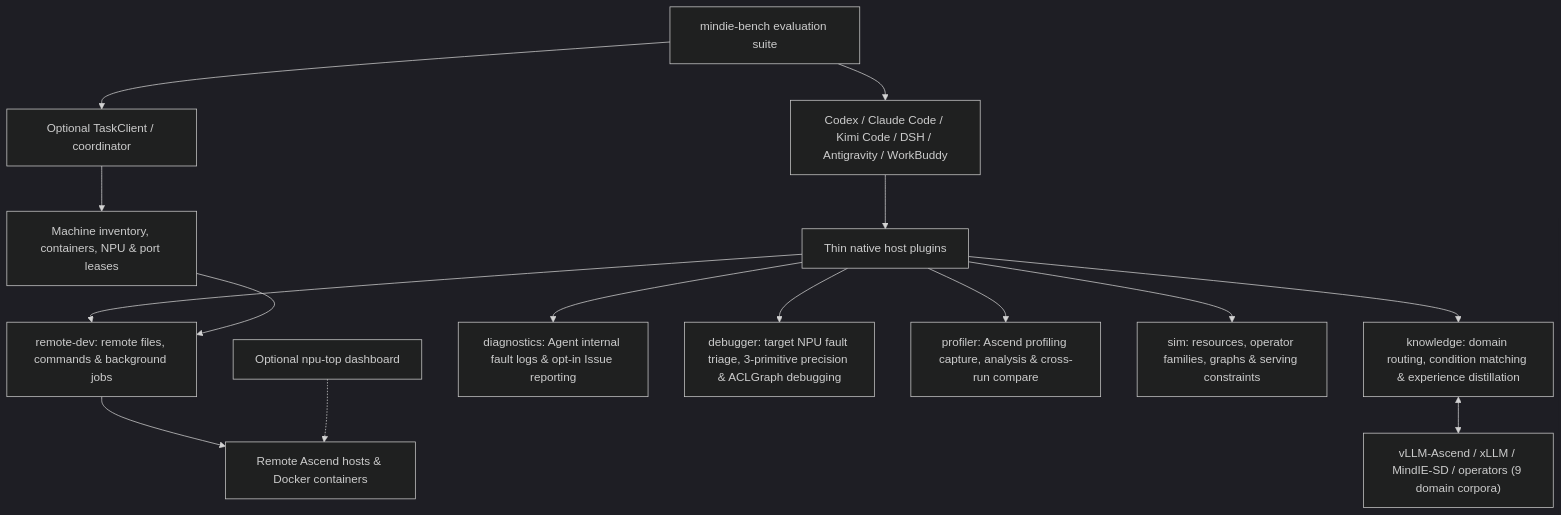
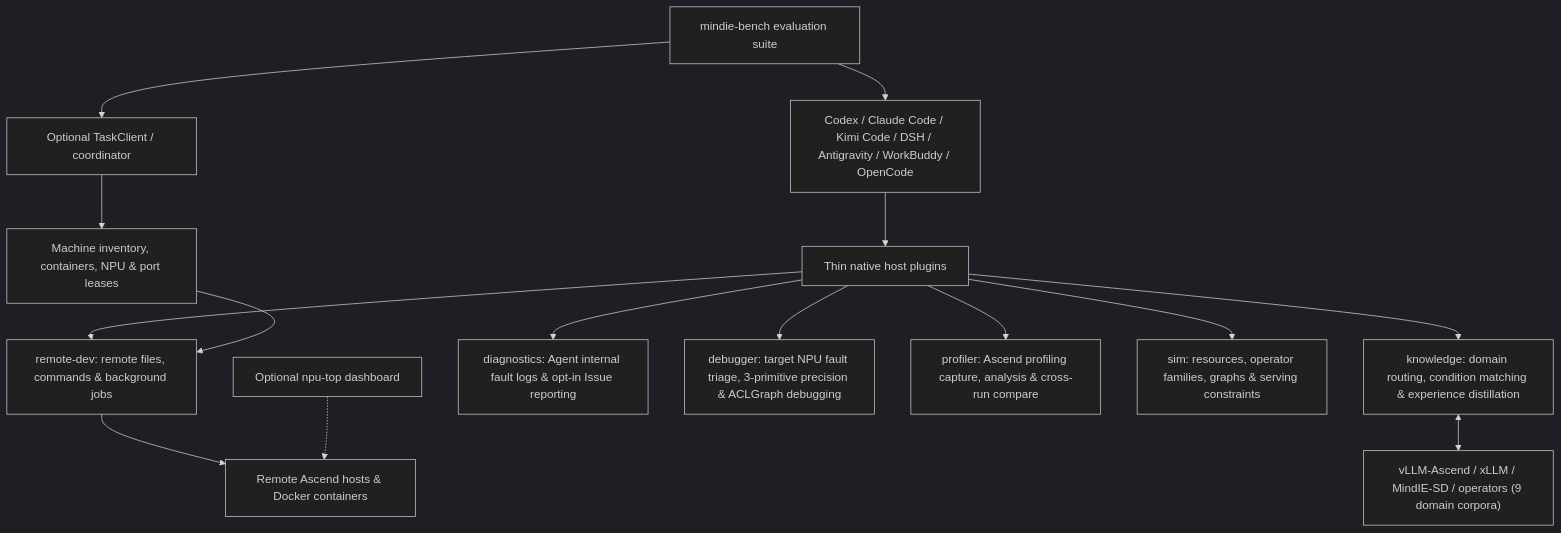
The diagram in docs/architecture.en.md (mindie-agent/mindie-agent), drawn with Mermaid (dark theme) before and after one commit. The commit also changed other lines of this file and 14 other files, not shown here.

Commit message:
docs(entry): add OpenCode native harness plugin (mindie-agent-oc v0.1.0) (#347)

````diff
--- a/docs/architecture.en.md
+++ b/docs/architecture.en.md
@@ -11,17 +11,17 @@
 ```mermaid
 flowchart TB
-    H["Codex / Claude Code / Kimi Code / DSH / Antigravity / WorkBuddy"] --> P["Thin native host plugins"]
+    H["Codex / Claude Code / Kimi Code / DSH / Antigravity / WorkBuddy / OpenCode"] --> P["Thin native host plugins"]
     P --> K["knowledge: domain routing, condition matching & experience distillation"]
     P --> R["remote-dev: remote files, commands & background jobs"]
     P --> D["diagnostics: Agent internal fault logs & opt-in Issue reporting"]
     P --> DB["debugger: target NPU fault triage, 3-primitive precision & ACLGraph debugging"]
     P --> PR["profiler: Ascend profiling capture, analysis & cross-run compare"]
     P --> S["sim: resources, operator families, graphs & serving constraints"]
     K <--> F["vLLM-Ascend / xLLM / MindIE-SD / operators (9 domain corpora)"]
     T["Optional TaskClient / coordinator"] --> Q["Machine inventory, containers, NPU & port leases"]
     Q --> R
     R --> N["Remote Ascend hosts & Docker containers"]
     M["Optional npu-top dashboard"] -.-> N
     B["mindie-bench evaluation suite"] --> T
     B --> H
 ```
````
